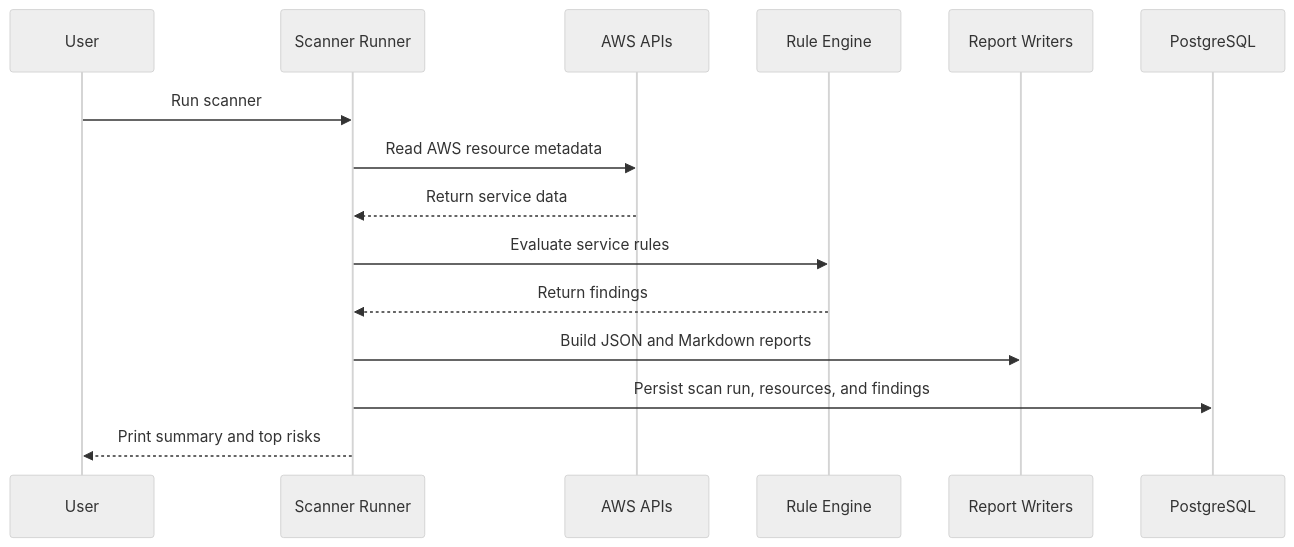
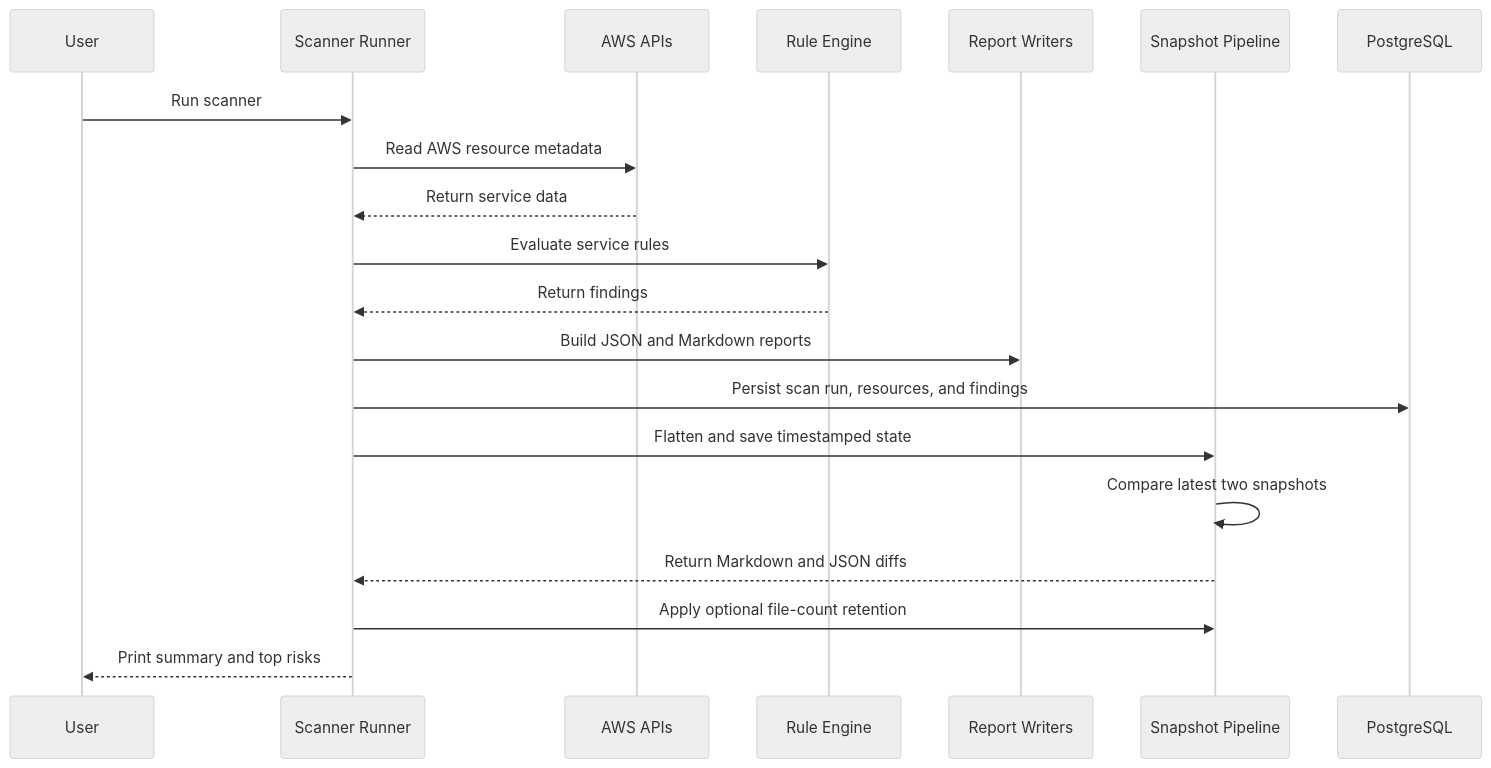
One commit to SSESSEX/aws-free-tier-guardian changed the second of 3 diagrams in docs/architecture.md. Above: the diagram before and after it, drawn with Mermaid (neutral theme). The commit also changed other lines of this file and 17 other files, not shown here.

Commit message:
feat: add structured snapshot diff JSON

````diff
--- a/docs/architecture.md
+++ b/docs/architecture.md
@@ -49,18 +59,23 @@
 ```mermaid
 sequenceDiagram
     participant User
     participant Runner as Scanner Runner
     participant AWS as AWS APIs
     participant Rules as Rule Engine
     participant Reports as Report Writers
+    participant Snapshots as Snapshot Pipeline
     participant DB as PostgreSQL
 
     User->>Runner: Run scanner
     Runner->>AWS: Read AWS resource metadata
     AWS-->>Runner: Return service data
     Runner->>Rules: Evaluate service rules
     Rules-->>Runner: Return findings
     Runner->>Reports: Build JSON and Markdown reports
     Runner->>DB: Persist scan run, resources, and findings
+    Runner->>Snapshots: Flatten and save timestamped state
+    Snapshots->>Snapshots: Compare latest two snapshots
+    Snapshots-->>Runner: Return Markdown and JSON diffs
+    Runner->>Snapshots: Apply optional file-count retention
     Runner-->>User: Print summary and top risks
 ```
````
